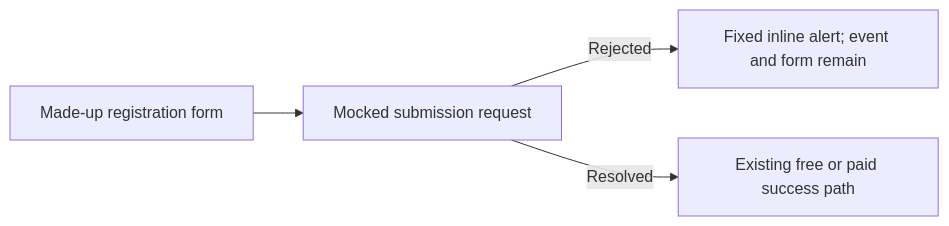
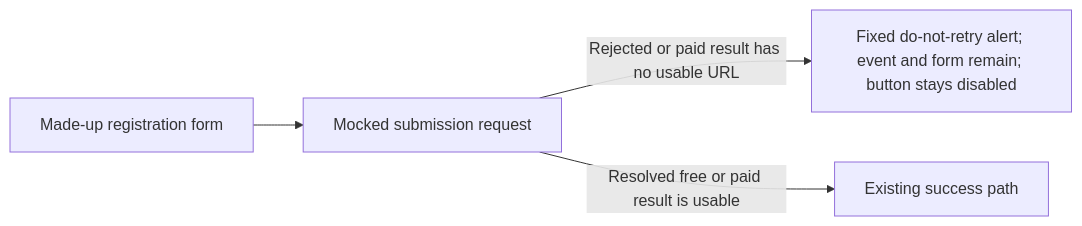
One commit to Run-MPRC/Run-MPRC.github.io changed diagram 21 of 34 in docs/officers/EVENTS_SHOP_MEMBERS.md. Above: the diagram before and after it, drawn with Mermaid. The commit also changed other lines of this file and 13 other files, not shown here.

````diff
--- a/docs/officers/EVENTS_SHOP_MEMBERS.md
+++ b/docs/officers/EVENTS_SHOP_MEMBERS.md
@@ -1403,6 +1465,6 @@
 ```mermaid
 flowchart LR
     A["Made-up registration form"] --> B["Mocked submission request"]
-    B -- "Rejected" --> C["Fixed inline alert; event and form remain"]
-    B -- "Resolved" --> D["Existing free or paid success path"]
+    B -- "Rejected or paid result has no usable URL" --> C["Fixed do-not-retry alert; event and form remain; button stays disabled"]
+    B -- "Resolved free or paid result is usable" --> D["Existing success path"]
 ```
````
